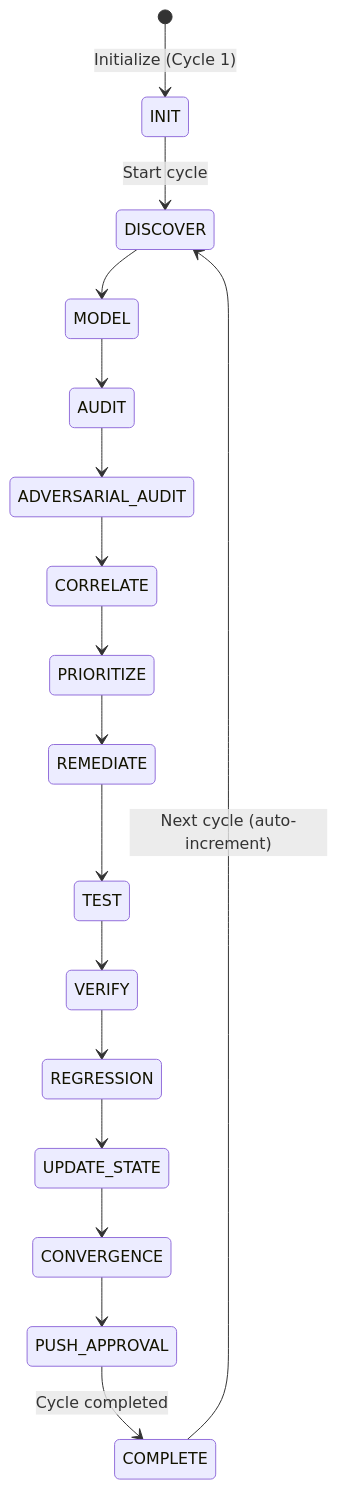
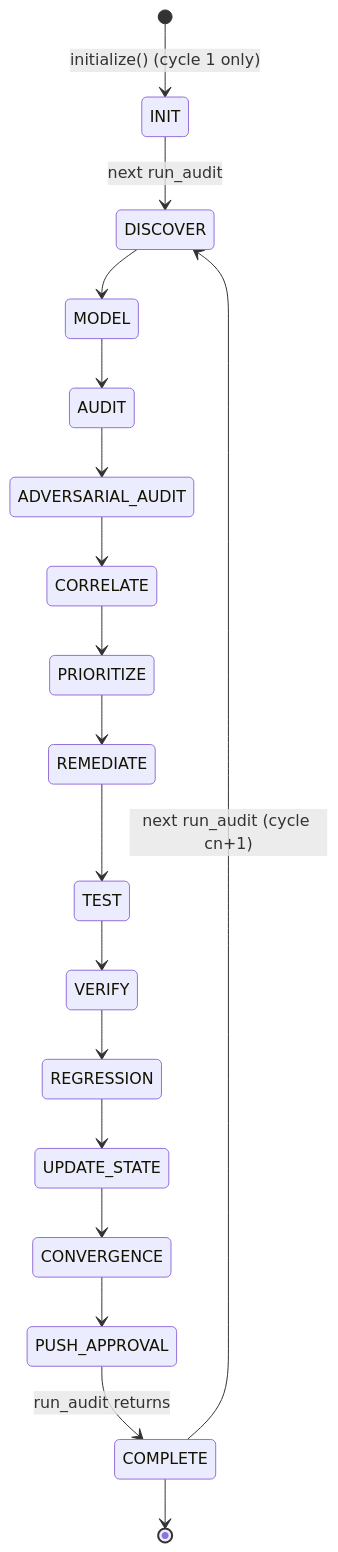
The first of 2 diagrams in docs/state/audit-state.md (masrizram/aura), drawn with Mermaid before and after one commit. The commit also changed other lines of this file and 62 other files, not shown here.

First line of the commit message:
docs: blind documentation rebuild + final architecture audit

````diff
--- a/docs/state/audit-state.md
+++ b/docs/state/audit-state.md
@@ -9,19 +11,20 @@
 ```mermaid
 stateDiagram-v2
-    [*] --> INIT: Initialize (Cycle 1)
-    INIT --> DISCOVER: Start cycle
+    [*] --> INIT : initialize() (cycle 1 only)
+    INIT --> DISCOVER : next run_audit
     DISCOVER --> MODEL
     MODEL --> AUDIT
     AUDIT --> ADVERSARIAL_AUDIT
     ADVERSARIAL_AUDIT --> CORRELATE
     CORRELATE --> PRIORITIZE
     PRIORITIZE --> REMEDIATE
     REMEDIATE --> TEST
     TEST --> VERIFY
     VERIFY --> REGRESSION
     REGRESSION --> UPDATE_STATE
     UPDATE_STATE --> CONVERGENCE
     CONVERGENCE --> PUSH_APPROVAL
-    PUSH_APPROVAL --> COMPLETE: Cycle completed
-    COMPLETE --> DISCOVER: Next cycle (auto-increment)
+    PUSH_APPROVAL --> COMPLETE : run_audit returns
+    COMPLETE --> [*]
+    COMPLETE --> DISCOVER : next run_audit (cycle cn+1)
 ```
````
